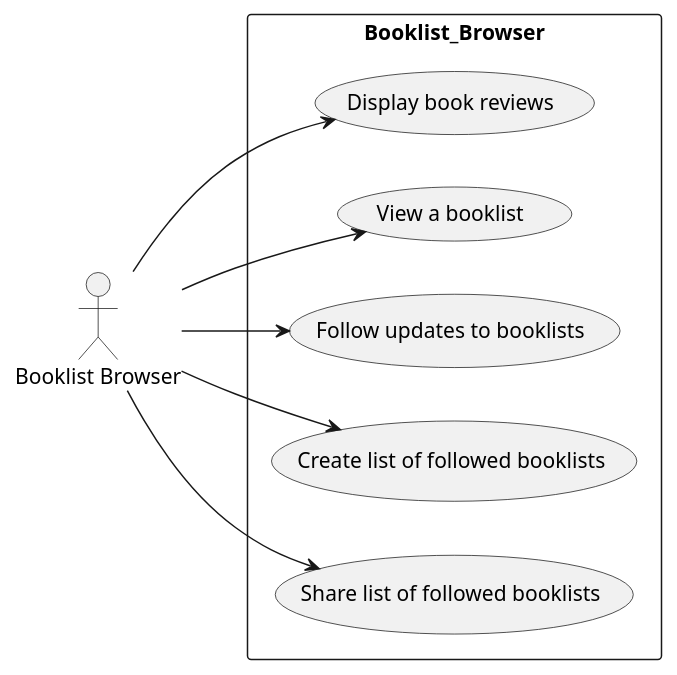
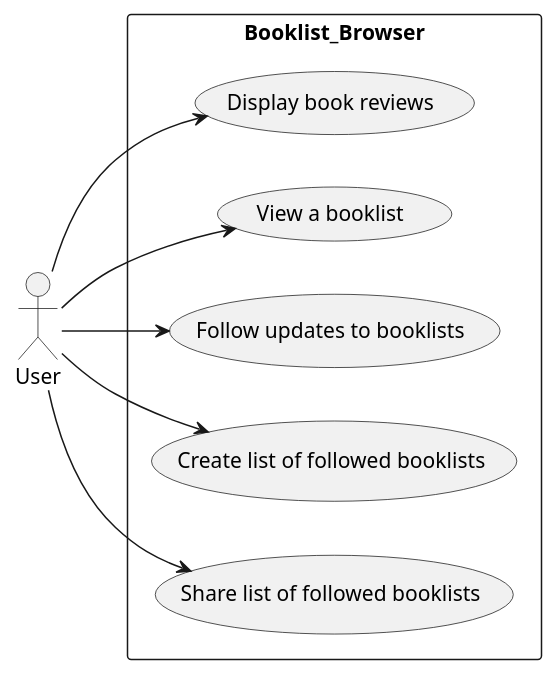
One commit to andysylvester/federated-bookshelves changed the diagram in use-cases/example-uml-booklist-browser.iuml. Above: the diagram before and after it, drawn with PlantUML.

```diff
--- a/use-cases/example-uml-booklist-browser.iuml
+++ b/use-cases/example-uml-booklist-browser.iuml
@@ -1,16 +1,16 @@
 @startuml
 left to right direction
-actor "Booklist Browser" as fc
+actor "User" as fc
 rectangle Booklist_Browser {
   usecase "Display book reviews" as UC1
   usecase "View a booklist" as UC2
   usecase "Follow updates to booklists" as UC3
   usecase "Create list of followed booklists" as UC4
   usecase "Share list of followed booklists" as UC5
 }
 fc --> UC1
 fc --> UC2
 fc --> UC3
 fc --> UC4
 fc --> UC5
 @enduml
```
